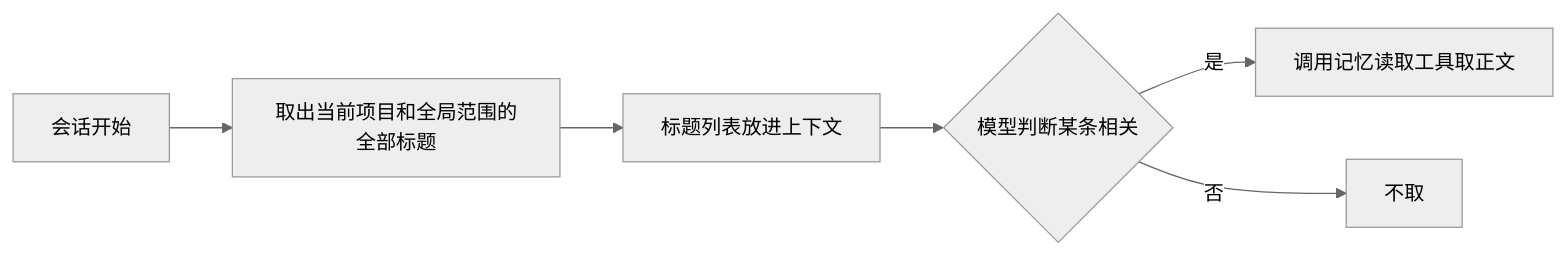
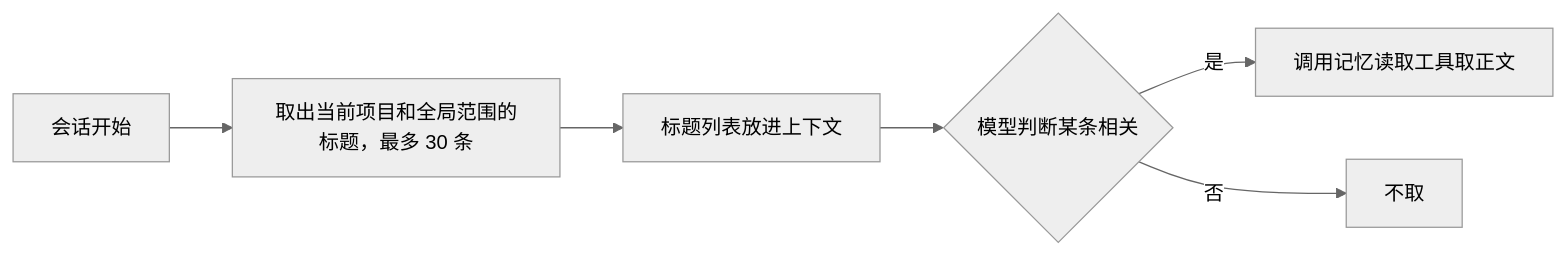
One commit to AmbitionC/front-end-journey-resource changed the diagram in project/general-agent/ga-memory.md. Above: the diagram before and after it, drawn with Mermaid (neutral theme). The commit also changed other lines of this file and 5 other files, not shown here.

````diff
--- a/project/general-agent/ga-memory.md
+++ b/project/general-agent/ga-memory.md
@@ -75,8 +75,8 @@
 ```mermaid
 flowchart LR
-    A[会话开始] --> B[取出当前项目和全局范围的全部标题]
+    A[会话开始] --> B[取出当前项目和全局范围的标题，最多 30 条]
     B --> C[标题列表放进上下文]
     C --> D{模型判断某条相关}
     D -- 是 --> E[调用记忆读取工具取正文]
     D -- 否 --> F[不取]
 ```
````
